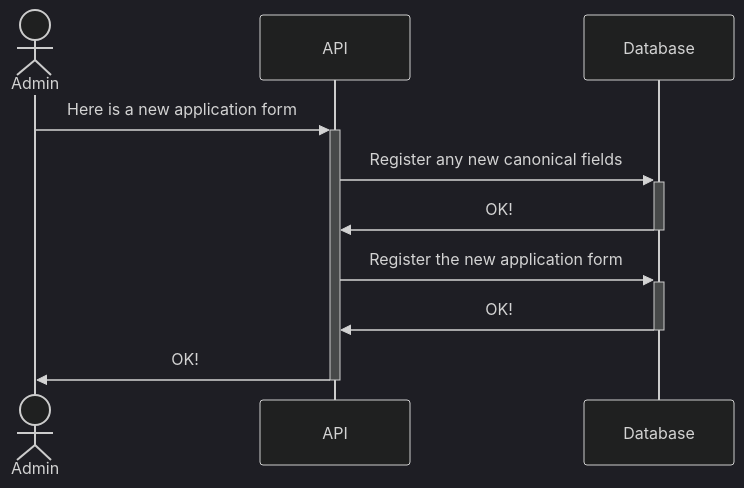
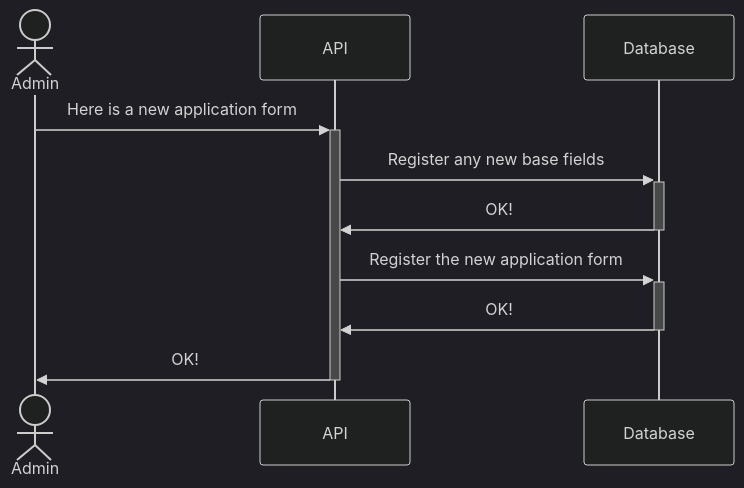
The second of 4 diagrams in docs/ENTITY_RELATIONSHIP_DIAGRAM.md (PhilanthropyDataCommons/service), drawn with Mermaid (dark theme) before and after one commit. The commit also changed other lines of this file and 29 other files, not shown here.

First line of the commit message:
Rename canonical fields to base fields

````diff
--- a/docs/ENTITY_RELATIONSHIP_DIAGRAM.md
+++ b/docs/ENTITY_RELATIONSHIP_DIAGRAM.md
@@ -124,12 +124,12 @@
 ```mermaid
 sequenceDiagram
   actor Admin
   participant API
   participant Database
   Admin ->>+ API : Here is a new application form
-  API ->>+ Database : Register any new canonical fields
+  API ->>+ Database : Register any new base fields
   Database ->>- API : OK!
   API ->>+ Database : Register the new application form
   Database ->>- API : OK!
   API ->>- Admin :  OK!
 ```
````
